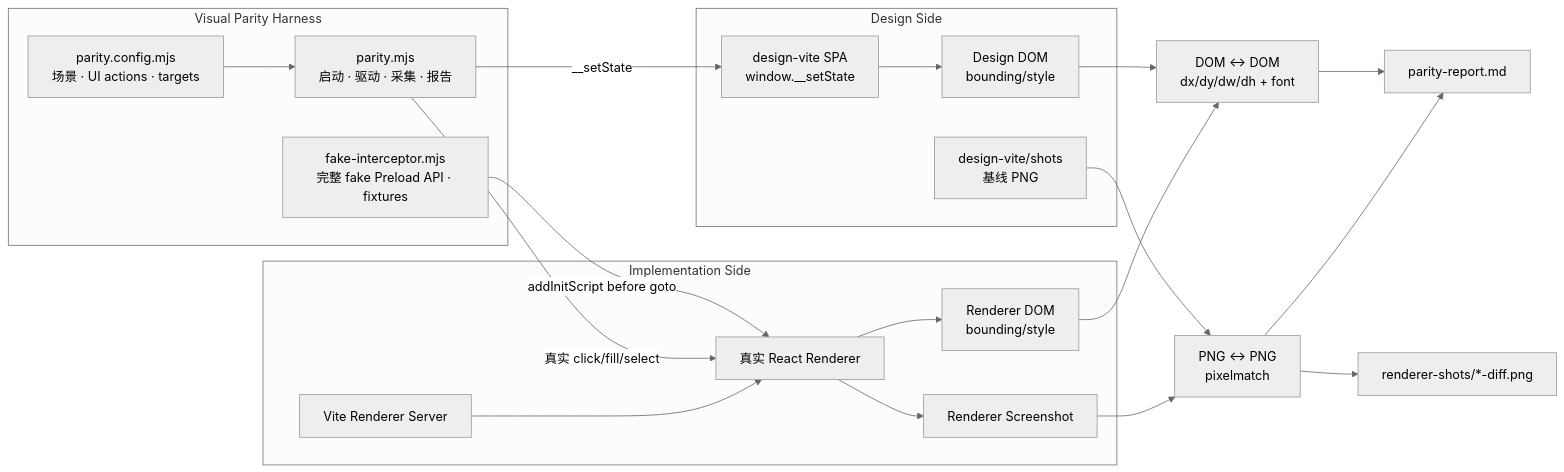
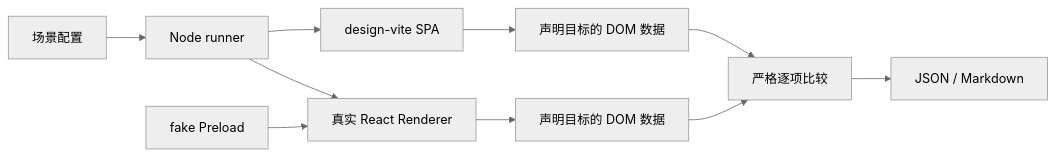
One commit to zhxmt-xm/Interceptor changed the diagram in apps/desktop/tests/visual-parity/README.md. Above: the diagram before and after it, drawn with Mermaid (neutral theme). The commit also changed other lines of this file and 689 other files, not shown here.

First line of the commit message:
test(parity): complete strict data checks and preserve the App baseline

````diff
--- a/apps/desktop/tests/visual-parity/README.md
+++ b/apps/desktop/tests/visual-parity/README.md
@@ -114,39 +50,12 @@
 ```mermaid
 flowchart LR
-    subgraph HARNESS["Visual Parity Harness"]
-      RUNNER["parity.mjs<br/>启动 · 驱动 · 采集 · 报告"]
-      CONFIG["parity.config.mjs<br/>场景 · UI actions · targets"]
-      FAKE["fake-interceptor.mjs<br/>完整 fake Preload API · fixtures"]
-    end
-
-    subgraph DESIGN["Design Side"]
-      DESIGN_SPA["design-vite SPA<br/>window.__setState"]
-      DESIGN_DOM["Design DOM<br/>bounding/style"]
-      DESIGN_PNG["design-vite/shots<br/>基线 PNG"]
-    end
-
-    subgraph RENDERER["Implementation Side"]
-      VITE["Vite Renderer Server"]
-      APP["真实 React Renderer"]
-      APP_DOM["Renderer DOM<br/>bounding/style"]
-      APP_PNG["Renderer Screenshot"]
-    end
-
-    CONFIG --> RUNNER
-    FAKE -->|"addInitScript before goto"| APP
-    RUNNER -->|"__setState"| DESIGN_SPA
-    RUNNER -->|"真实 click/fill/select"| APP
-    VITE --> APP
-    DESIGN_SPA --> DESIGN_DOM
-    APP --> APP_DOM
-    APP --> APP_PNG
-
-    DESIGN_DOM --> GEOMETRY["DOM ↔ DOM<br/>dx/dy/dw/dh + font"]
-    APP_DOM --> GEOMETRY
-    DESIGN_PNG --> PIXELS["PNG ↔ PNG<br/>pixelmatch"]
-    APP_PNG --> PIXELS
-
-    GEOMETRY --> REPORT["parity-report.md"]
-    PIXELS --> REPORT
-    PIXELS --> DIFF["renderer-shots/*-diff.png"]
+  CONFIG["场景配置"] --> RUNNER["Node runner"]
+  RUNNER --> DESIGN["design-vite SPA"]
+  RUNNER --> RENDERER["真实 React Renderer"]
+  FAKE["fake Preload"] --> RENDERER
+  DESIGN --> EXPECTED["声明目标的 DOM 数据"]
+  RENDERER --> ACTUAL["声明目标的 DOM 数据"]
+  EXPECTED --> COMPARE["严格逐项比较"]
+  ACTUAL --> COMPARE
+  COMPARE --> REPORT["JSON / Markdown"]
 ```
````
